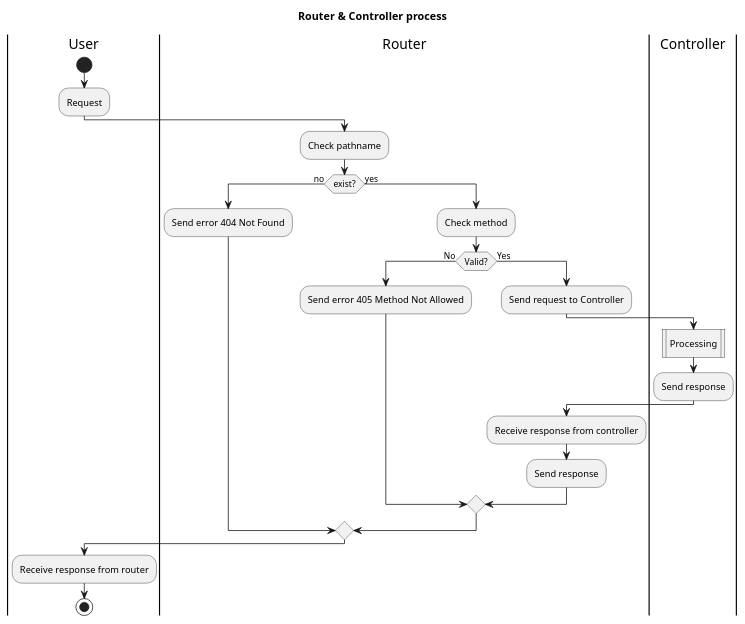
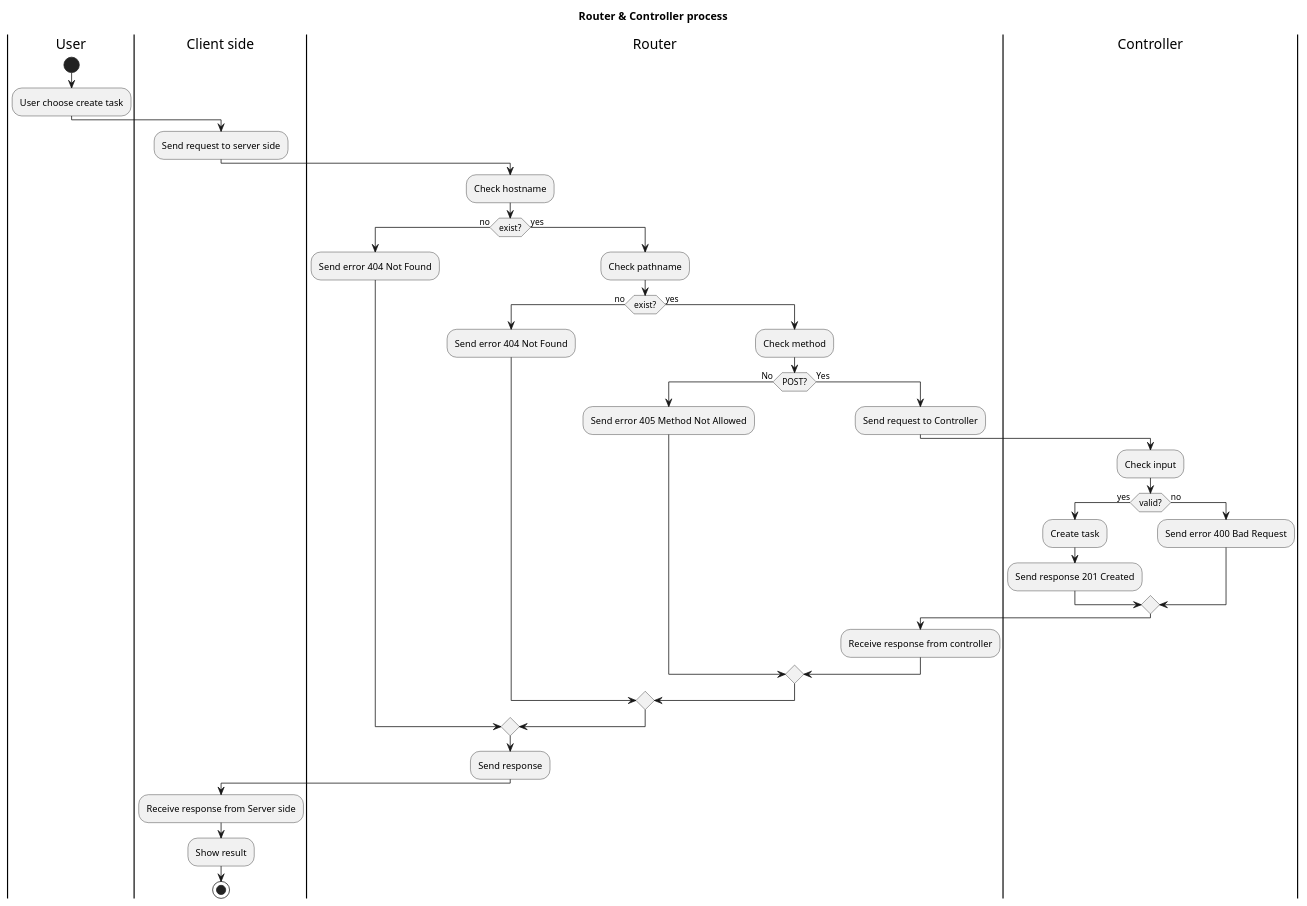
The first of 3 diagrams in Activity Diagram/RouteActivityDiagram.puml (TuNguyen9962/todo-list-vanilla-js), drawn with PlantUML before and after one commit. The commit also changed other lines of this file and 106 other files, not shown here.

```diff
--- a/Activity Diagram/RouteActivityDiagram.puml
+++ b/Activity Diagram/RouteActivityDiagram.puml
@@ -1,33 +1,47 @@
 @startuml "Activity diagram"
 title Router & Controller process
 |User|
 start
-:Request;
+:User choose create task;
+|Client side|
+:Send request to server side;
 |Router|
-:Check pathname;
+:Check hostname;
 if (exist?) then (no)
     |Router|
     :Send error 404 Not Found;
 else (yes)
     |Router|
-    
-    :Check method;
-    if (Valid?) then (No)
-        :Send error 405 Method Not Allowed;
-        |User|
-    else (Yes)
+    :Check pathname;
+    if (exist?) then (no)
         |Router|
-        :Send request to Controller;
-        |Controller|
-        :Processing|
-        :Send response;
-        |Router|
-        :Receive response from controller;
-        :Send response;
-        |User|
+        :Send error 404 Not Found;
+    else (yes)
+        :Check method;
+        if (POST?) then (No)
+            :Send error 405 Method Not Allowed;
+            |User|
+        else (Yes)
+            |Router|
+            :Send request to Controller;
+            |Controller|
+            :Check input;
+            if (valid?) then (yes)
+                :Create task;
+                :Send response 201 Created;
+            else (no)
+                |Controller|
+                :Send error 400 Bad Request;
+            endif
+            |Router|
+            :Receive response from controller;
+        endif           
     endif
 endif
-:Receive response from router;
+:Send response;
+|Client side|
+:Receive response from Server side;
+:Show result;
 stop
 
 @enduml
```
